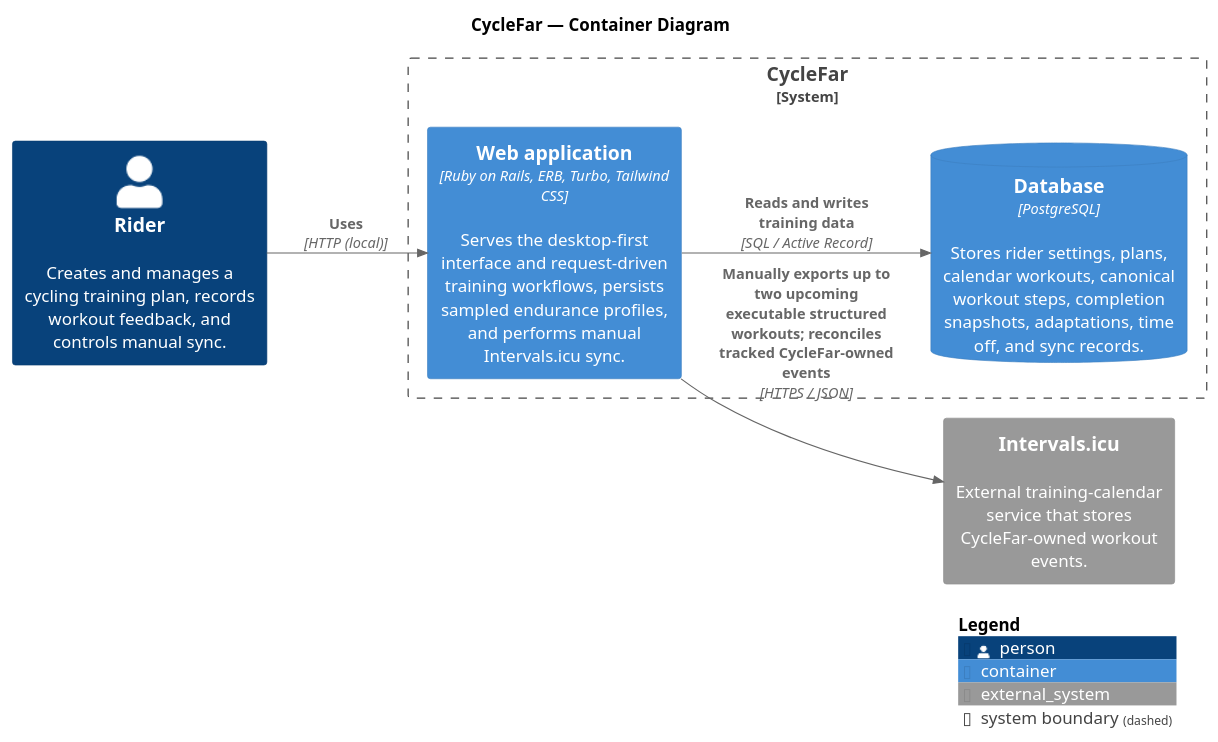
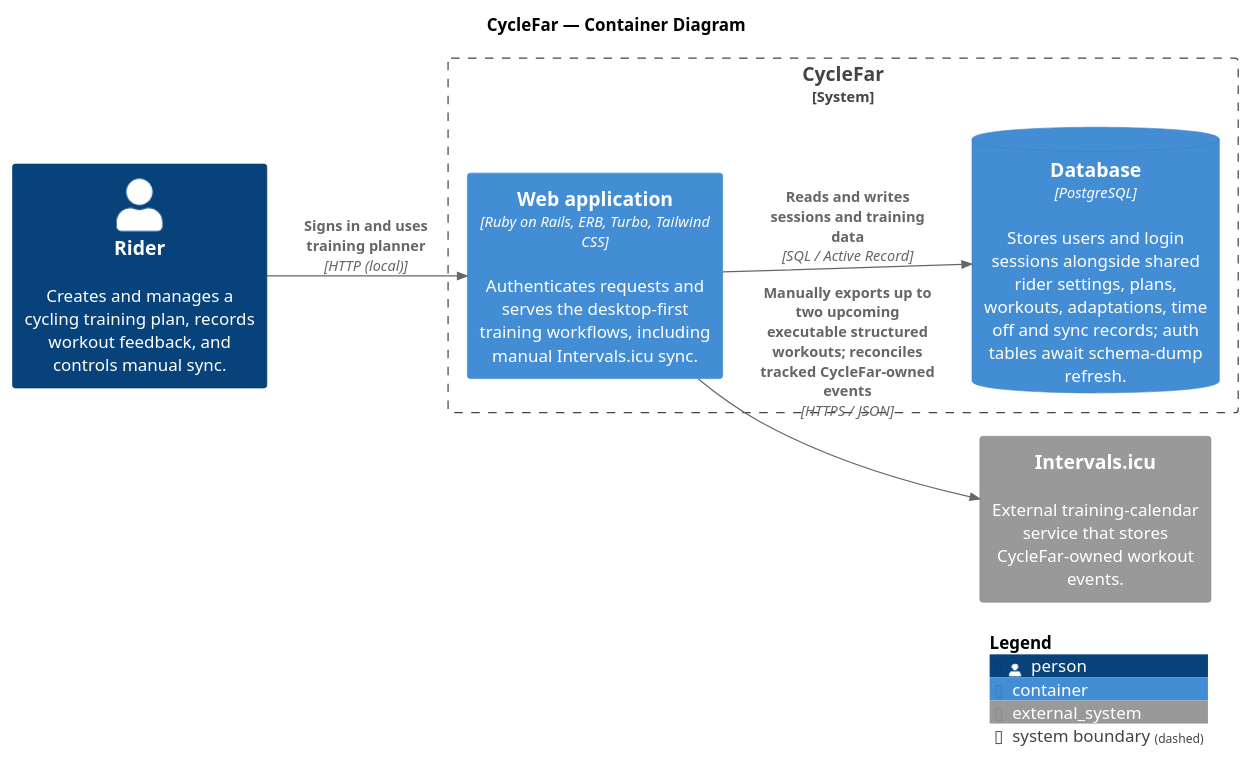
The diagram in docs/diagrams/cyclefar-container.puml (richardhartme/cyclefar), drawn with PlantUML before and after one commit. The commit also changed 14 other files, not shown here.

Commit message:
Document Rails authentication scaffold

```diff
--- a/docs/diagrams/cyclefar-container.puml
+++ b/docs/diagrams/cyclefar-container.puml
@@ -1,23 +1,23 @@
 @startuml CycleFar Container Diagram
-' Reviewed against application source on 2026-09-25; scope and limitations: README.md
+' Authentication updated against application source on 2026-09-27; scope and limitations: README.md
 !include https://raw.githubusercontent.com/plantuml-stdlib/C4-PlantUML/master/C4_Container.puml
 
 title CycleFar — Container Diagram
 
 LAYOUT_LEFT_RIGHT()
 
 Person(rider, "Rider", "Creates and manages a cycling training plan, records workout feedback, and controls manual sync.")
 
 System_Boundary(cyclefar_boundary, "CycleFar") {
-  Container(web_application, "Web application", "Ruby on Rails, ERB, Turbo, Tailwind CSS", "Serves the desktop-first interface and request-driven training workflows, persists sampled endurance profiles, and performs manual Intervals.icu sync.")
-  ContainerDb(database, "Database", "PostgreSQL", "Stores rider settings, plans, calendar workouts, canonical workout steps, completion snapshots, adaptations, time off, and sync records.")
+  Container(web_application, "Web application", "Ruby on Rails, ERB, Turbo, Tailwind CSS", "Authenticates requests and serves the desktop-first training workflows, including manual Intervals.icu sync.")
+  ContainerDb(database, "Database", "PostgreSQL", "Stores users and login sessions alongside shared rider settings, plans, workouts, adaptations, time off and sync records; auth tables await schema-dump refresh.")
 }
 
 System_Ext(intervals_icu, "Intervals.icu", "External training-calendar service that stores CycleFar-owned workout events.")
 
-Rel(rider, web_application, "Uses", "HTTP (local)")
-Rel(web_application, database, "Reads and writes training data", "SQL / Active Record")
+Rel(rider, web_application, "Signs in and uses training planner", "HTTP (local)")
+Rel(web_application, database, "Reads and writes sessions and training data", "SQL / Active Record")
 Rel(web_application, intervals_icu, "Manually exports up to two upcoming executable structured workouts; reconciles tracked CycleFar-owned events", "HTTPS / JSON")
 
 SHOW_LEGEND()
 @enduml
```
